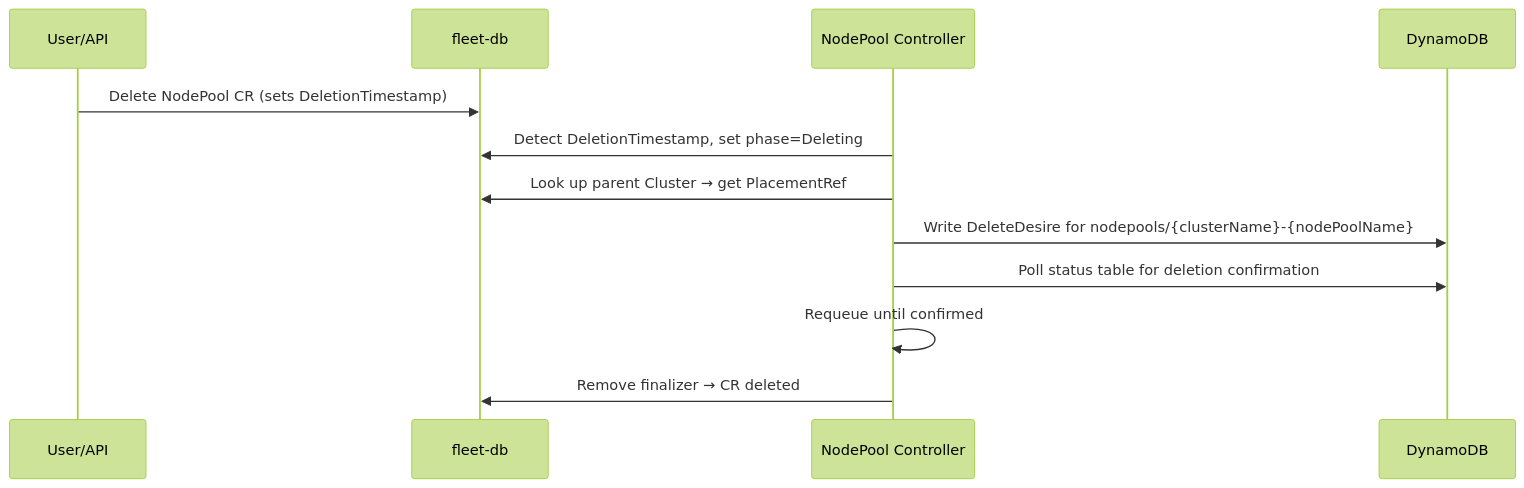
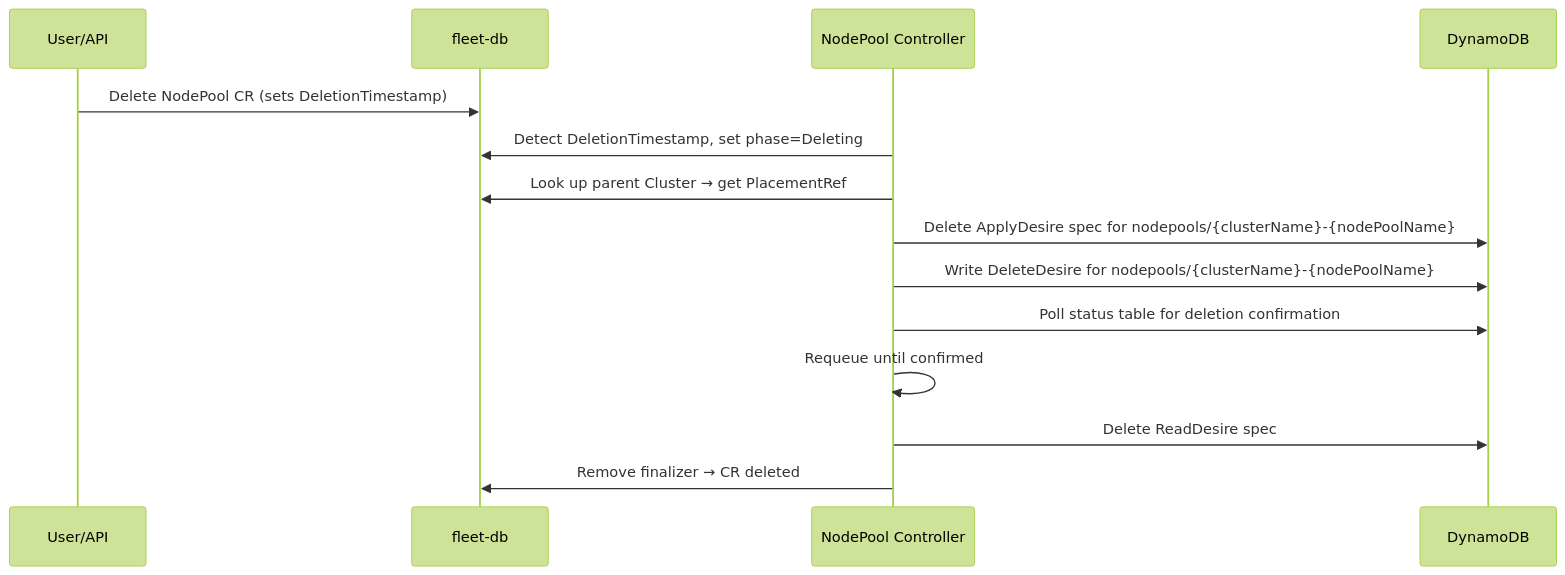
Before and after one commit to typeid/hyperfleet-operator: the second of 2 diagrams in docs/nodepool-controller.md, drawn with Mermaid (forest theme). The commit also changed other lines of this file and 12 other files, not shown here.

First line of the commit message:
fix: clean up ApplyDesires before DeleteDesires and order cluster deletion

````diff
--- a/docs/nodepool-controller.md
+++ b/docs/nodepool-controller.md
@@ -46,15 +46,17 @@
 ```mermaid
 sequenceDiagram
     participant User as User/API
     participant FDB as fleet-db
     participant NPC as NodePool Controller
     participant DDB as DynamoDB
 
     User->>FDB: Delete NodePool CR (sets DeletionTimestamp)
     NPC->>FDB: Detect DeletionTimestamp, set phase=Deleting
     NPC->>FDB: Look up parent Cluster → get PlacementRef
+    NPC->>DDB: Delete ApplyDesire spec for nodepools/{clusterName}-{nodePoolName}
     NPC->>DDB: Write DeleteDesire for nodepools/{clusterName}-{nodePoolName}
     NPC->>DDB: Poll status table for deletion confirmation
     NPC->>NPC: Requeue until confirmed
+    NPC->>DDB: Delete ReadDesire spec
     NPC->>FDB: Remove finalizer → CR deleted
 ```
````
